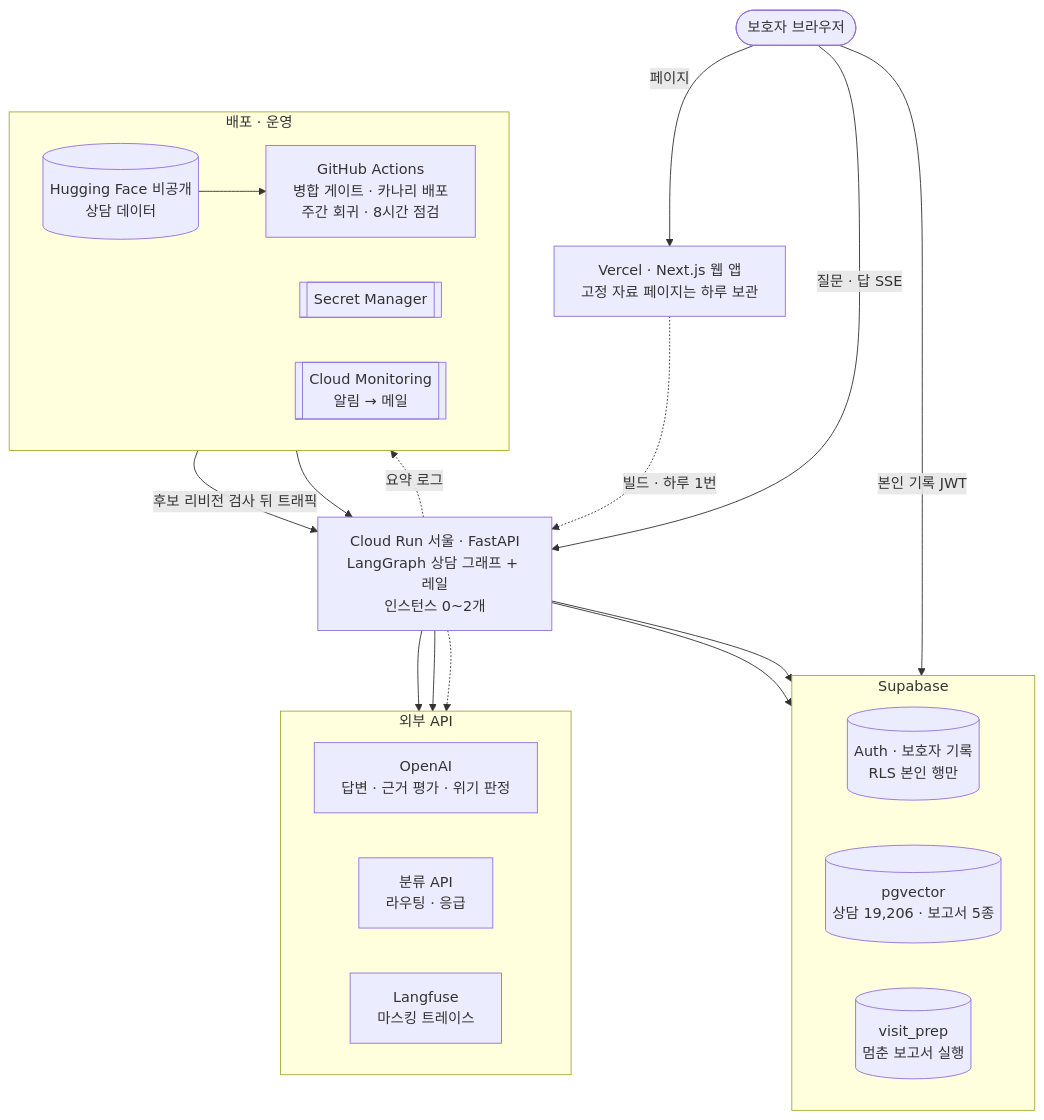
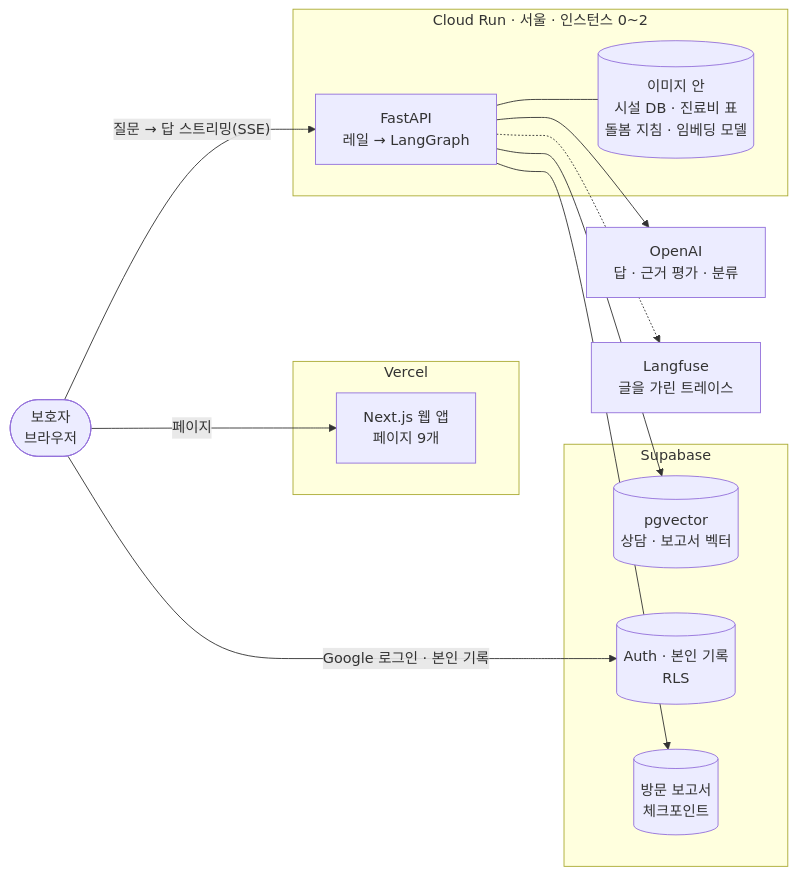
Before and after one commit to rndigkwk/dograg: the first of 3 diagrams in README.md, drawn with Mermaid. The commit also changed other lines of this file and 1 other file, not shown here.

First line of the commit message:
docs(readme): a portfolio page with the demo first and clearer diagrams

````diff
--- a/README.md
+++ b/README.md
@@ -42,38 +57,26 @@
 ```mermaid
-flowchart TB
-  U(["보호자 브라우저"])
-  W["Vercel · Next.js 웹 앱<br/>고정 자료 페이지는 하루 보관"]
-  A["Cloud Run 서울 · FastAPI<br/>LangGraph 상담 그래프 + 레일<br/>인스턴스 0~2개"]
+flowchart LR
+  U(["보호자<br/>브라우저"])
+  subgraph VC["Vercel"]
+    W["Next.js 웹 앱<br/>페이지 9개"]
+  end
+  subgraph CR["Cloud Run · 서울 · 인스턴스 0~2"]
+    A["FastAPI<br/>레일 → LangGraph"]
+    D[("이미지 안<br/>시설 DB · 진료비 표<br/>돌봄 지침 · 임베딩 모델")]
+  end
+  subgraph SB["Supabase"]
+    PG[("pgvector<br/>상담 · 보고서 벡터")]
+    AU[("Auth · 본인 기록<br/>RLS")]
+    VP[("방문 보고서<br/>체크포인트")]
+  end
+  O["OpenAI<br/>답 · 근거 평가 · 분류"]
+  L["Langfuse<br/>글을 가린 트레이스"]
   U -->|"페이지"| W
-  U -->|"질문 · 답 SSE"| A
-  U -->|"본인 기록 JWT"| AU
-  W -.->|"빌드 · 하루 1번"| A
-  subgraph SB["Supabase"]
-    direction LR
-    AU[("Auth · 보호자 기록<br/>RLS 본인 행만")]
-    PG[("pgvector<br/>상담 19,206 · 보고서 5종")]
-    VP[("visit_prep<br/>멈춘 보고서 실행")]
-  end
-  subgraph EXT["외부 API"]
-    direction LR
-    OAI["OpenAI<br/>답변 · 근거 평가 · 위기 판정"]
-    DEC["분류 API<br/>라우팅 · 응급"]
-    LF["Langfuse<br/>마스킹 트레이스"]
-  end
+  U -->|"질문 → 답 스트리밍(SSE)"| A
+  U -->|"Google 로그인 · 본인 기록"| AU
+  A --- D
   A --> PG
   A --> VP
-  A --> OAI
-  A --> DEC
-  A -.-> LF
-  subgraph OPS["배포 · 운영"]
-    direction LR
-    HF[("Hugging Face 비공개<br/>상담 데이터")]
-    GA["GitHub Actions<br/>병합 게이트 · 카나리 배포<br/>주간 회귀 · 8시간 점검"]
-    SM[["Secret Manager"]]
-    MON[["Cloud Monitoring<br/>알림 → 메일"]]
-    HF --> GA
-  end
-  GA -->|"후보 리비전 검사 뒤 트래픽"| A
-  SM --> A
-  A -.->|"요약 로그"| MON
+  A --> O
+  A -.-> L
 ```
````
